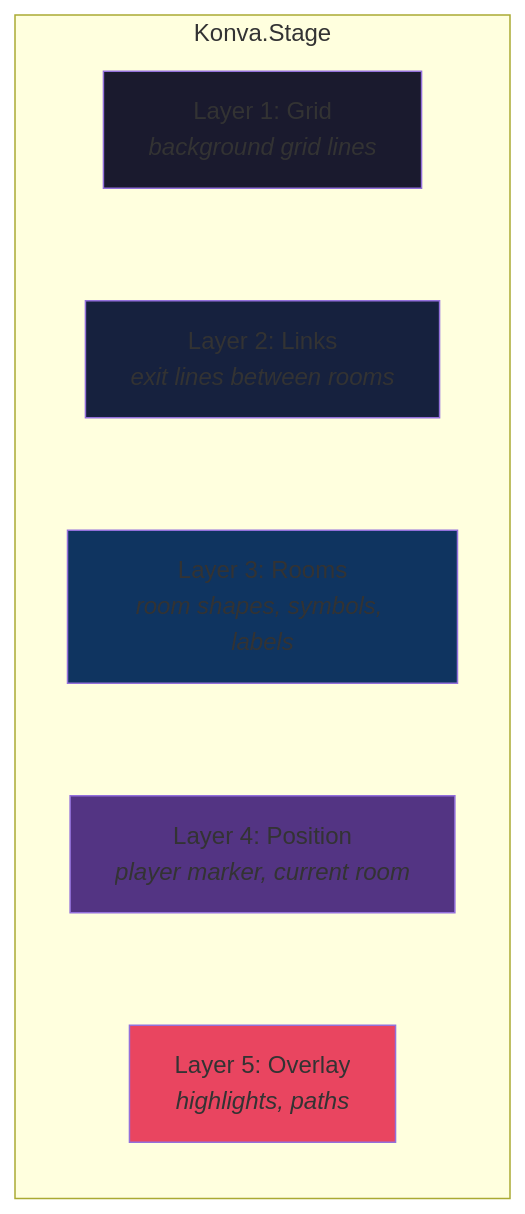
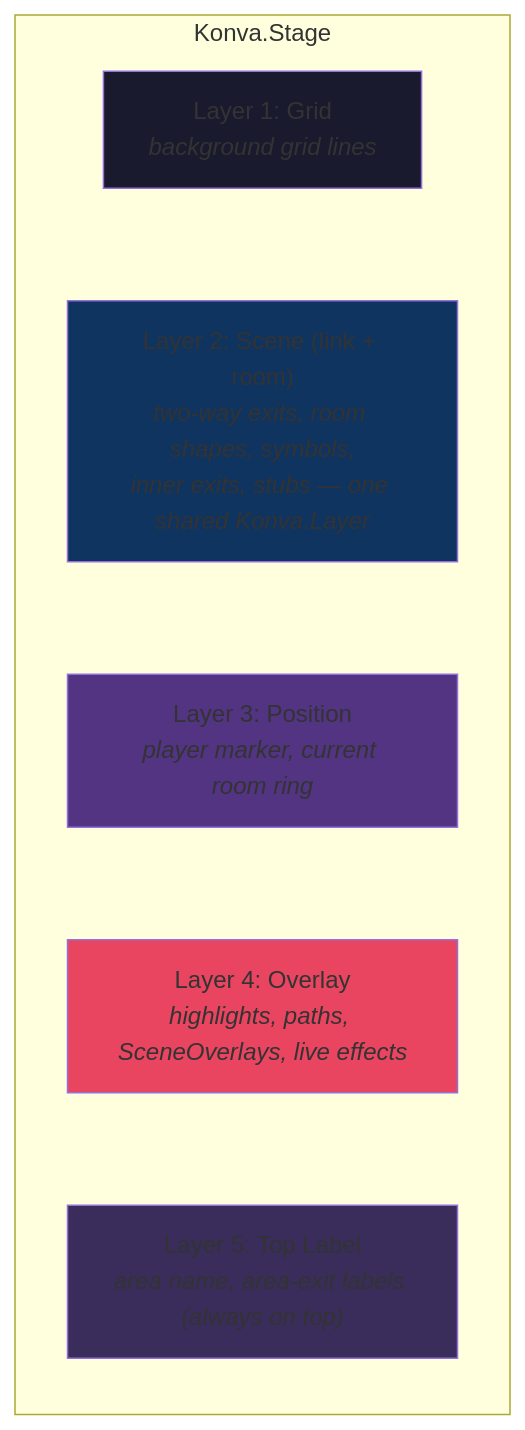
Before and after one commit to Delwing/mudlet-map-renderer: diagram 12 of 17 in docs/architecture.md, drawn with Mermaid. The commit also changed other lines of this file and 44 other files, not shown here.

First line of the commit message:
Add reusable scene culling and flush utilities, unify shape handling across rendering paths

````diff
--- a/docs/architecture.md
+++ b/docs/architecture.md
@@ -333,19 +468,19 @@
 ```mermaid
 flowchart TB
     subgraph Stage["Konva.Stage"]
         direction TB
         L1["Layer 1: Grid<br/><i>background grid lines</i>"]
-        L2["Layer 2: Links<br/><i>exit lines between rooms</i>"]
-        L3["Layer 3: Rooms<br/><i>room shapes, symbols, labels</i>"]
-        L4["Layer 4: Position<br/><i>player marker, current room</i>"]
-        L5["Layer 5: Overlay<br/><i>highlights, paths</i>"]
+        L2["Layer 2: Scene (link + room)<br/><i>two-way exits, room shapes, symbols,<br/>inner exits, stubs — one shared Konva.Layer</i>"]
+        L3["Layer 3: Position<br/><i>player marker, current room ring</i>"]
+        L4["Layer 4: Overlay<br/><i>highlights, paths, SceneOverlays, live effects</i>"]
+        L5["Layer 5: Top Label<br/><i>area name, area-exit labels (always on top)</i>"]
     end
 
     L1 ~~~ L2 ~~~ L3 ~~~ L4 ~~~ L5
 
     style L1 fill:#1a1a2e
-    style L2 fill:#16213e
-    style L3 fill:#0f3460
-    style L4 fill:#533483
-    style L5 fill:#e94560
+    style L2 fill:#0f3460
+    style L3 fill:#533483
+    style L4 fill:#e94560
+    style L5 fill:#3a2d5c
 ```
````
